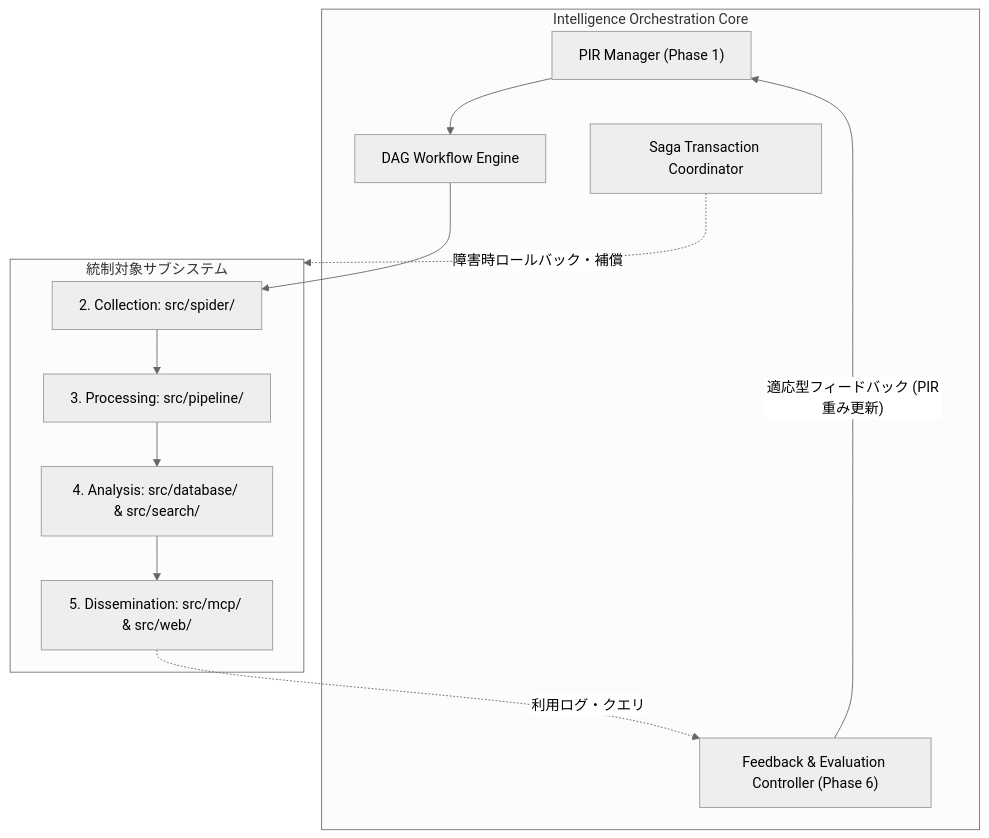
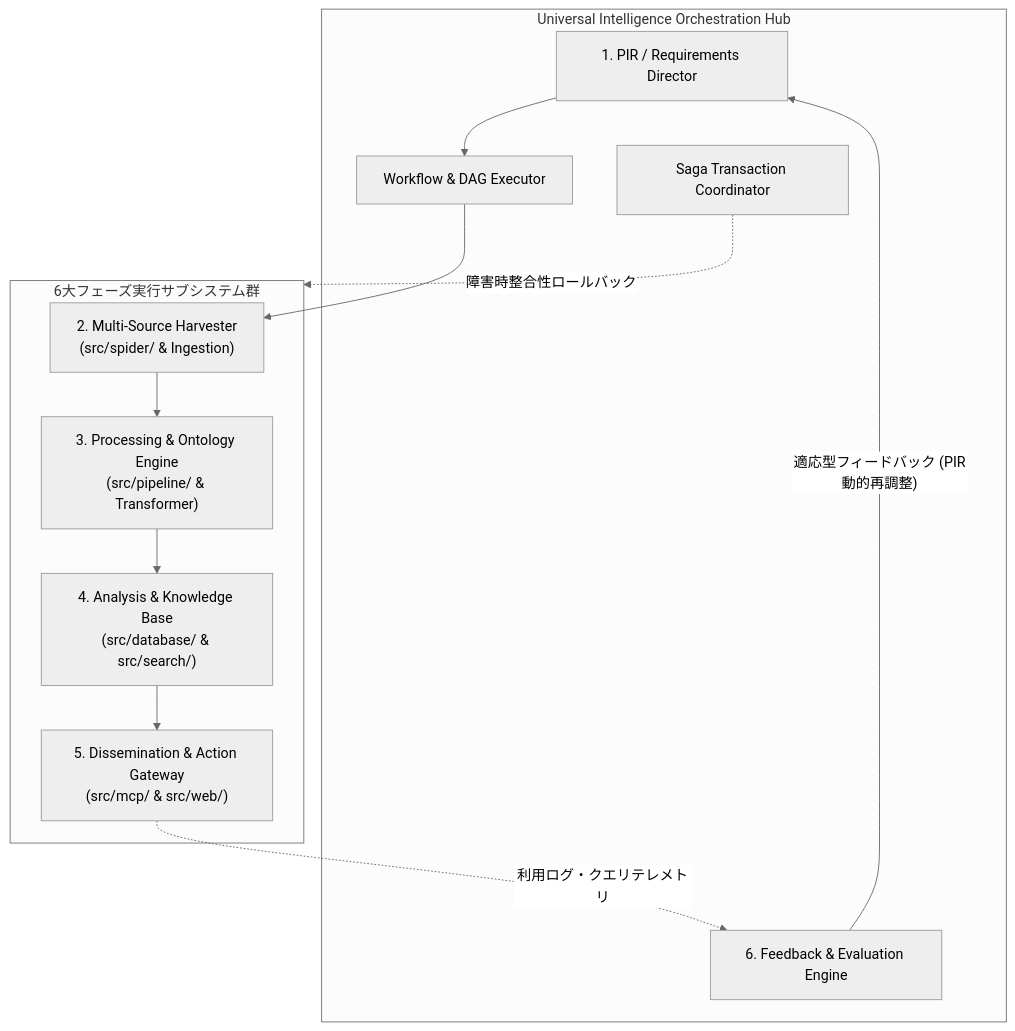
Before and after one commit to rokujyouhitoma/arxiv-security-papers: the second of 4 diagrams in docs/designs/DSN-11-intelligence_orchestration_engine.md, drawn with Mermaid (neutral theme). The commit also changed other lines of this file and 3 other files, not shown here.

Commit message:
docs(design): generalize DSN-11 to universal domain-agnostic intelligence lifecycle orchestration (#064)

````diff
--- a/docs/designs/DSN-11-intelligence_orchestration_engine.md
+++ b/docs/designs/DSN-11-intelligence_orchestration_engine.md
@@ -106,25 +144,25 @@
 ```mermaid
 graph TD
-    subgraph OrchestratorCore["Intelligence Orchestration Core"]
-        PIR["PIR Manager (Phase 1)"]
-        Workflow["DAG Workflow Engine"]
-        Saga["Saga Transaction Coordinator"]
-        Feedback["Feedback & Evaluation Controller (Phase 6)"]
+    subgraph OrchestrationHub["Universal Intelligence Orchestration Hub"]
+        PIRMgr["1. PIR / Requirements Director"]
+        DAGExec["Workflow & DAG Executor"]
+        SagaCoord["Saga Transaction Coordinator"]
+        FeedbackEngine["6. Feedback & Evaluation Engine"]
     end
 
-    subgraph Subsystems["統制対象サブシステム"]
-        Spider["2. Collection: src/spider/"]
-        Pipeline["3. Processing: src/pipeline/"]
-        Storage["4. Analysis: src/database/ & src/search/"]
-        Dissem["5. Dissemination: src/mcp/ & src/web/"]
+    subgraph PhaseEngines["6大フェーズ実行サブシステム群"]
+        Collector["2. Multi-Source Harvester<br/>(src/spider/ & Ingestion)"]
+        Processor["3. Processing & Ontology Engine<br/>(src/pipeline/ & Transformer)"]
+        Analyzer["4. Analysis & Knowledge Base<br/>(src/database/ & src/search/)"]
+        Distributor["5. Dissemination & Action Gateway<br/>(src/mcp/ & src/web/)"]
     end
 
-    PIR --> Workflow
-    Workflow --> Spider
-    Spider --> Pipeline
-    Pipeline --> Storage
-    Storage --> Dissem
-    Dissem -. 利用ログ・クエリ .-> Feedback
-    Feedback -- "適応型フィードバック (PIR重み更新)" --> PIR
-    Saga -. 障害時ロールバック・補償 .-> Subsystems
+    PIRMgr --> DAGExec
+    DAGExec --> Collector
+    Collector --> Processor
+    Processor --> Analyzer
+    Analyzer --> Distributor
+    Distributor -. 利用ログ・クエリテレメトリ .-> FeedbackEngine
+    FeedbackEngine -- "適応型フィードバック (PIR動的再調整)" --> PIRMgr
+    SagaCoord -. 障害時整合性ロールバック .-> PhaseEngines
 ```
````
